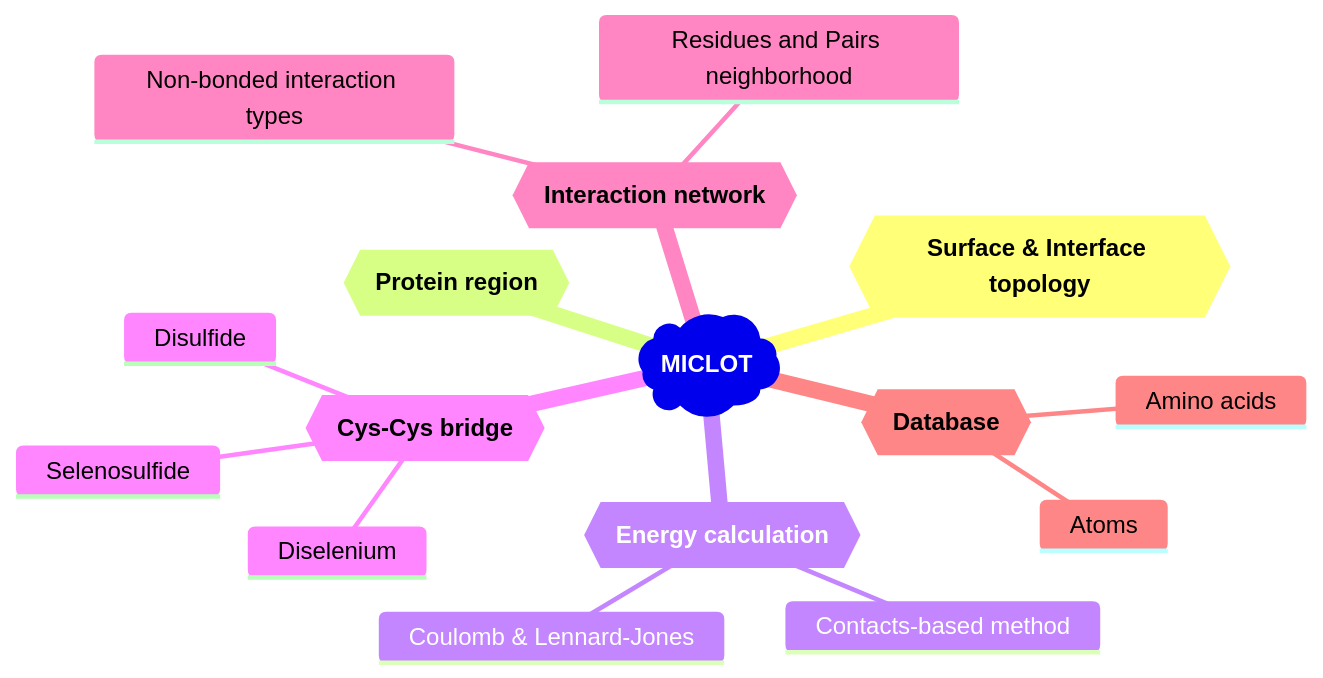
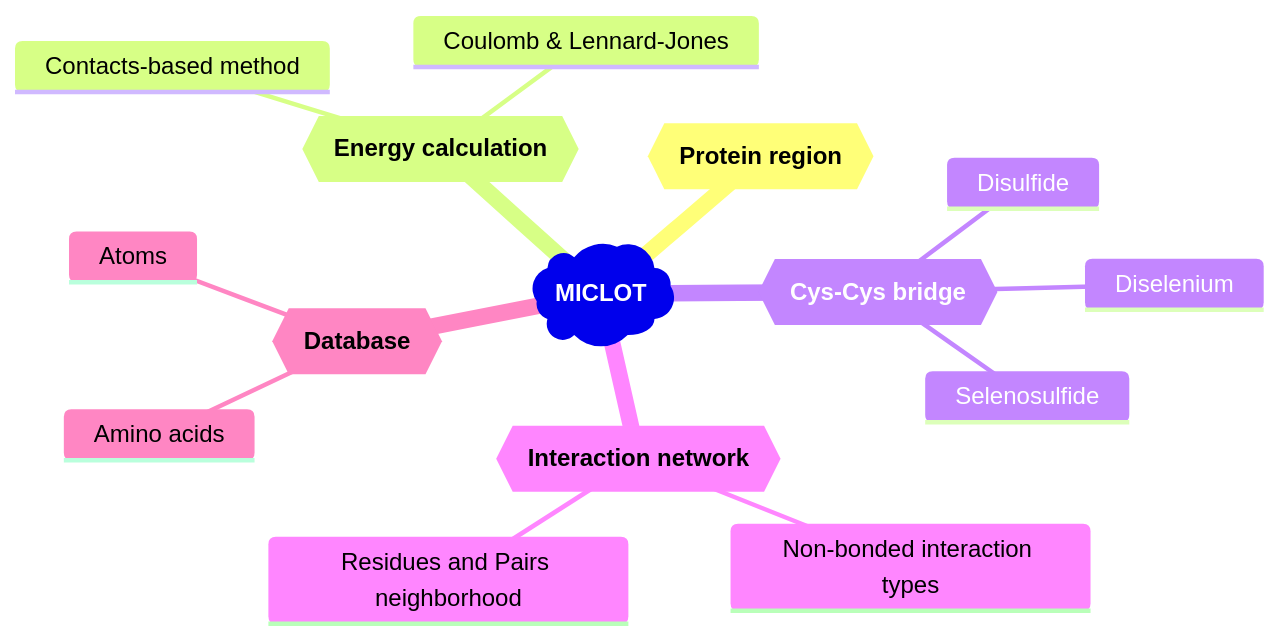
Before and after one commit to TMiclot/MICLOT: the diagram in README.md, drawn with Mermaid. The commit also changed 2 other files, not shown here.

Commit message:
Update manual

````diff
--- a/README.md
+++ b/README.md
@@ -22,19 +22,18 @@
 ```mermaid
 mindmap
     root)**MICLOT**(
-        id{{**Surface & Interface topology**}}
         id{{**Protein region**}}
         id{{**Energy calculation**}}
             Contacts-based method
             Coulomb & Lennard-Jones
         id{{**Cys-Cys bridge**}}
             Disulfide
             Diselenium
             Selenosulfide
         id{{**Interaction network**}}
             Non-bonded interaction types
             Residues and Pairs neighborhood
         id{{**Database**}}
             Amino acids
             Atoms
 ```
````
